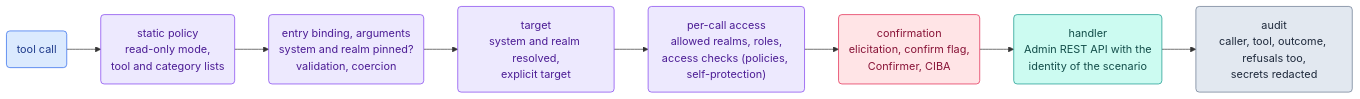
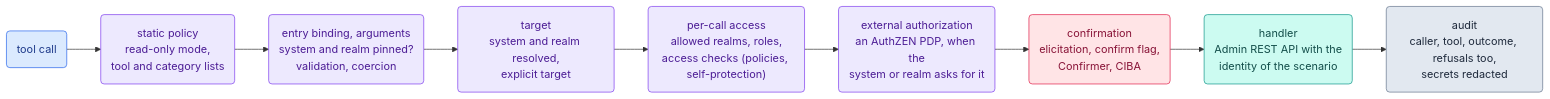
The tenth of 10 diagrams in docs/scenarios.md (edewit/keycloak-mcp-server), drawn with Mermaid before and after one commit. The commit also changed other lines of this file, not shown here.

First line of the commit message:
Bring the scenario diagrams up to date with instance roles, the UI and XAA.

````diff
--- a/docs/scenarios.md
+++ b/docs/scenarios.md
@@ -265,21 +349,22 @@
 ```mermaid
 flowchart LR
     A("tool call") --> B("static policy<br/>read-only mode,<br/>tool and category lists")
     B --> C("entry binding, arguments<br/>system and realm pinned?<br/>validation, coercion")
     C --> D("target<br/>system and realm resolved,<br/>explicit target")
     D --> E("per-call access<br/>allowed realms, roles,<br/>access checks (policies, self-protection)")
-    E --> F("confirmation<br/>elicitation, confirm flag,<br/>Confirmer, CIBA")
+    E --> X("external authorization<br/>an AuthZEN PDP, when the<br/>system or realm asks for it")
+    X --> F("confirmation<br/>elicitation, confirm flag,<br/>Confirmer, CIBA")
     F --> G("handler<br/>Admin REST API with the<br/>identity of the scenario")
     G --> H("audit<br/>caller, tool, outcome, refusals too,<br/>secrets redacted")
     classDef client fill:#dbeafe,stroke:#2563eb,color:#1e3a8a
     classDef server fill:#ede9fe,stroke:#7c3aed,color:#4c1d95
     classDef keycloak fill:#ccfbf1,stroke:#0d9488,color:#134e4a
     classDef infra fill:#fef3c7,stroke:#d97706,color:#78350f
     classDef confirm fill:#ffe4e6,stroke:#e11d48,color:#881337
     classDef audit fill:#e2e8f0,stroke:#64748b,color:#1e293b
     class A client
-    class B,C,D,E server
+    class B,C,D,E,X server
     class F confirm
     class G keycloak
     class H audit
 ```
````
